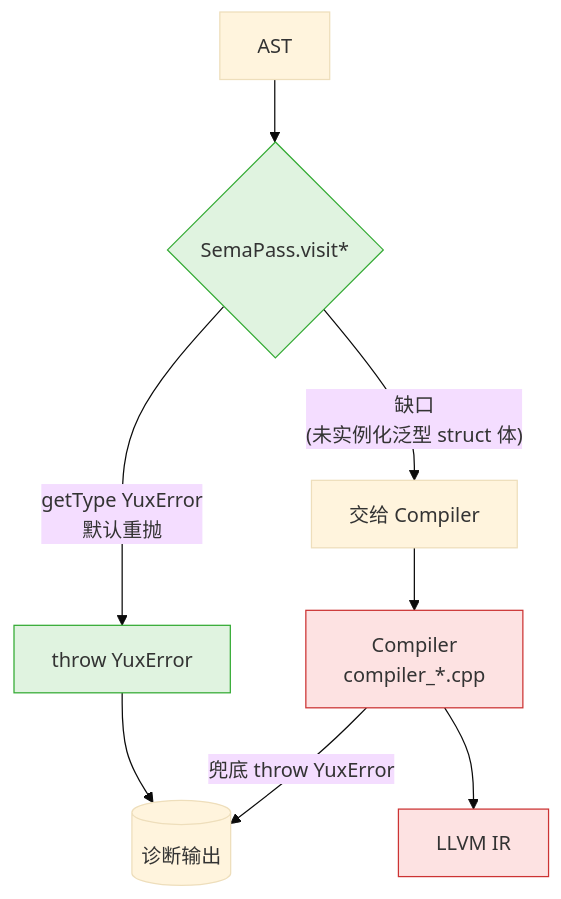
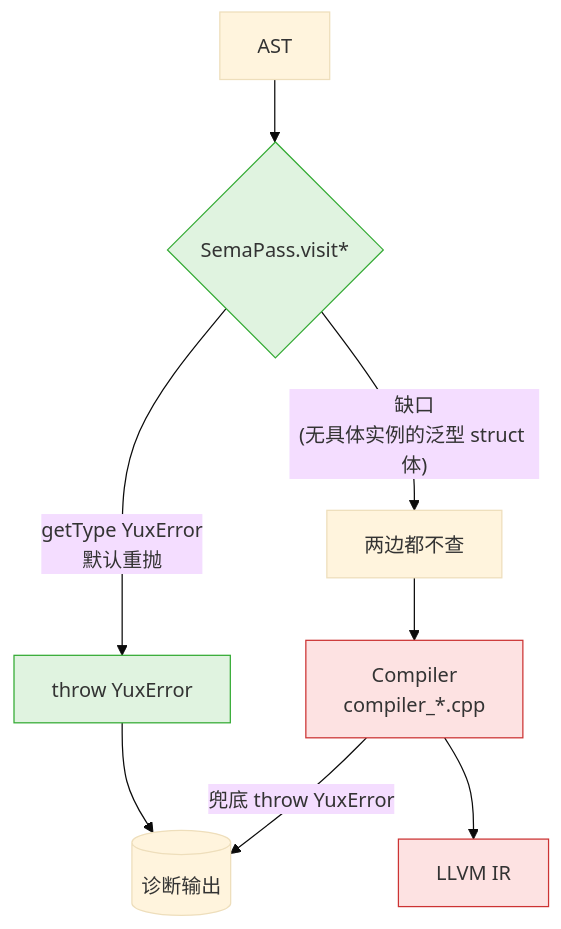
The fourth of 6 diagrams in yux.md (riu-lang/riu), drawn with Mermaid (base theme) before and after one commit. The commit also changed 7 other files, not shown here.

First line of the commit message:
feat: SemaPass 在写出 S<Concrete> 的类型位置复查泛型 struct 方法体

````diff
--- a/yux.md
+++ b/yux.md
@@ -116,18 +116,18 @@
 ```mermaid
 flowchart TB
     ast[AST] --> sema{SemaPass.visit*}
 
     sema -- "getType YuxError<br/>默认重抛" --> throwSema[throw YuxError]
-    sema -- "缺口<br/>(未实例化泛型 struct 体)" --> skip[交给 Compiler]
+    sema -- "缺口<br/>(无具体实例的泛型 struct 体)" --> skip[两边都不查]
 
     throwSema --> userErr[(诊断输出)]
     skip --> compiler[Compiler<br/>compiler_*.cpp]
 
     compiler -- "兜底 throw YuxError" --> userErr
     compiler --> ir[LLVM IR]
 
     classDef green fill:#e0f3e0,stroke:#3a3
     classDef red fill:#fde2e2,stroke:#c33
     class sema,throwSema green
     class compiler,ir red
 ```
````
